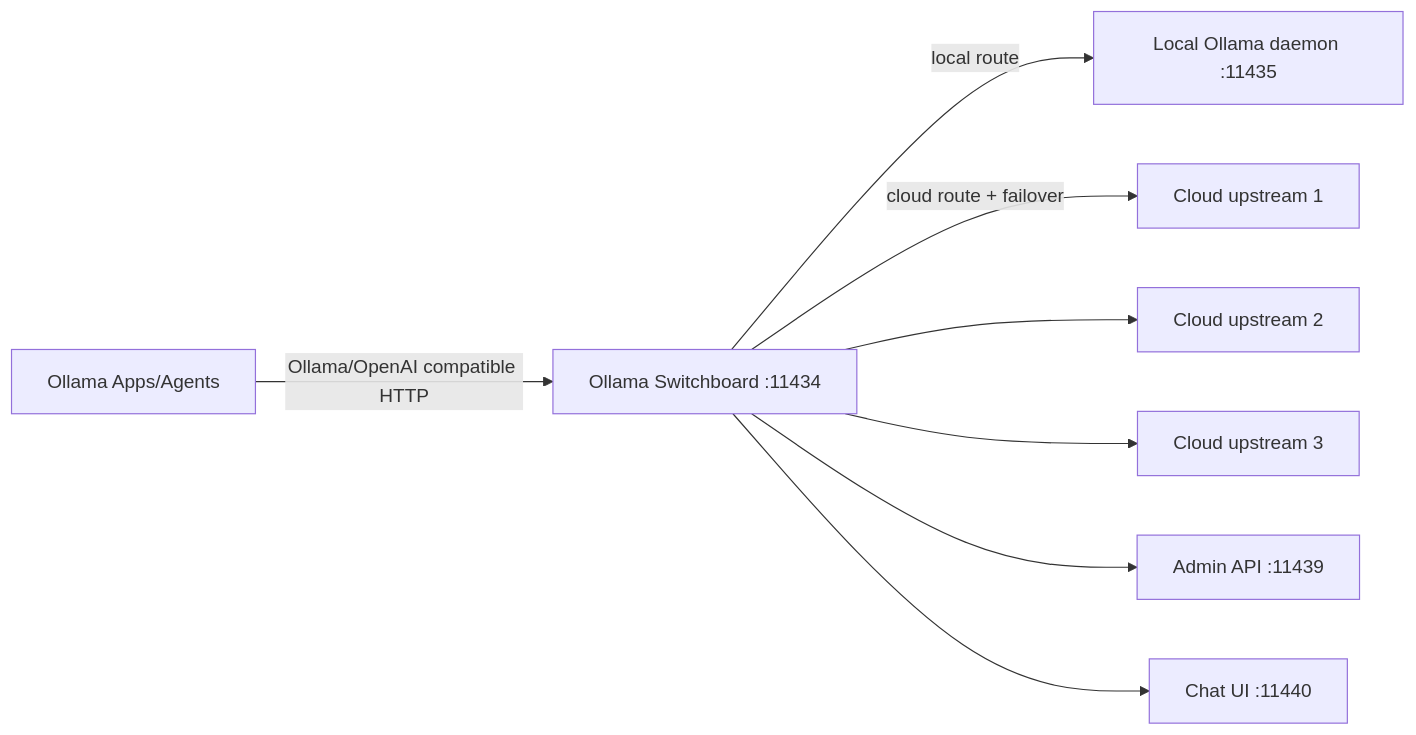
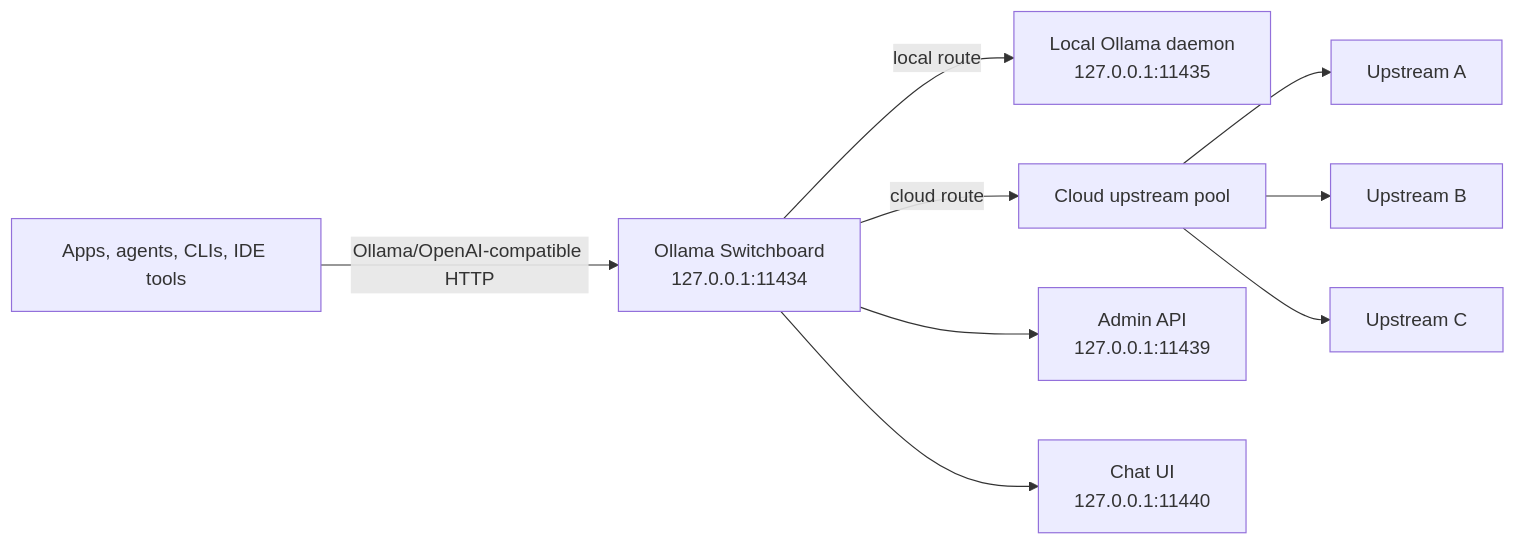
Before and after one commit to 0PeterAdel/ollama-switchboard: the first of 3 diagrams in README.md, drawn with Mermaid. The commit also changed other lines of this file and 3 other files, not shown here.

````diff
--- a/README.md
+++ b/README.md
@@ -24,10 +47,11 @@
 ```mermaid
 flowchart LR
-    C[Ollama Apps/Agents] -->|Ollama/OpenAI compatible HTTP| S[Ollama Switchboard :11434]
-    S -->|local route| L[Local Ollama daemon :11435]
-    S -->|cloud route + failover| U1[Cloud upstream 1]
-    S --> U2[Cloud upstream 2]
-    S --> U3[Cloud upstream 3]
-    S --> A[Admin API :11439]
-    S --> UI[Chat UI :11440]
+    Client[Apps, agents, CLIs, IDE tools] -->|Ollama/OpenAI-compatible HTTP| Gateway[Ollama Switchboard<br/>127.0.0.1:11434]
+    Gateway -->|local route| Local[Local Ollama daemon<br/>127.0.0.1:11435]
+    Gateway -->|cloud route| Pool[Cloud upstream pool]
+    Pool --> U1[Upstream A]
+    Pool --> U2[Upstream B]
+    Pool --> U3[Upstream C]
+    Gateway --> Admin[Admin API<br/>127.0.0.1:11439]
+    Gateway --> UI[Chat UI<br/>127.0.0.1:11440]
 ```
````
